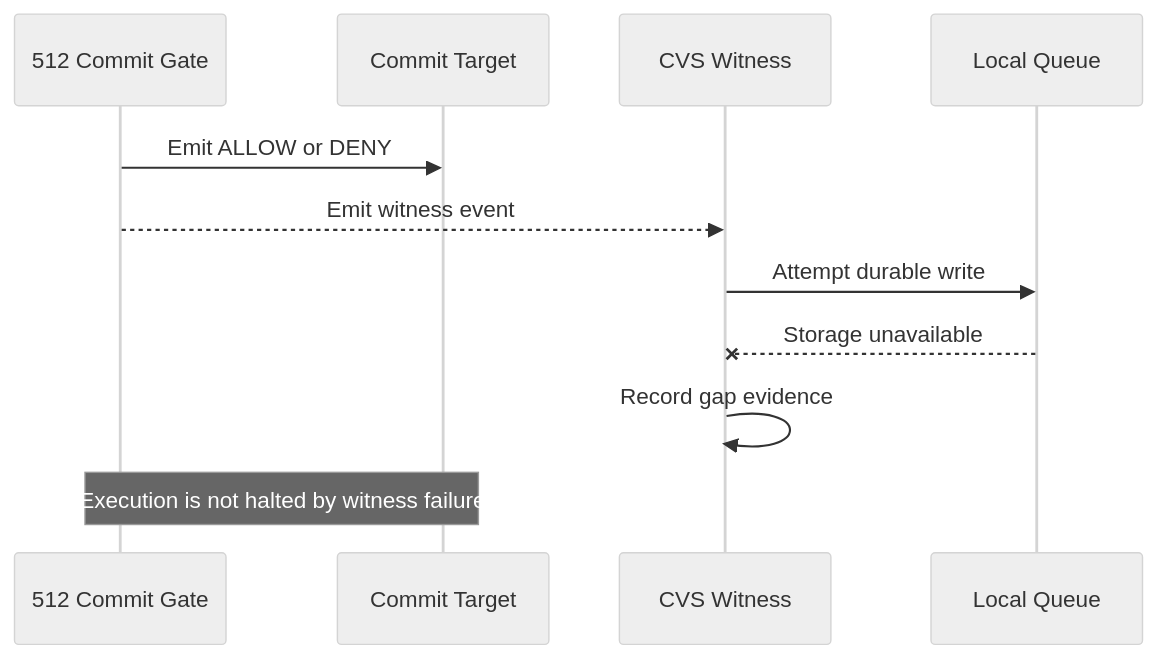
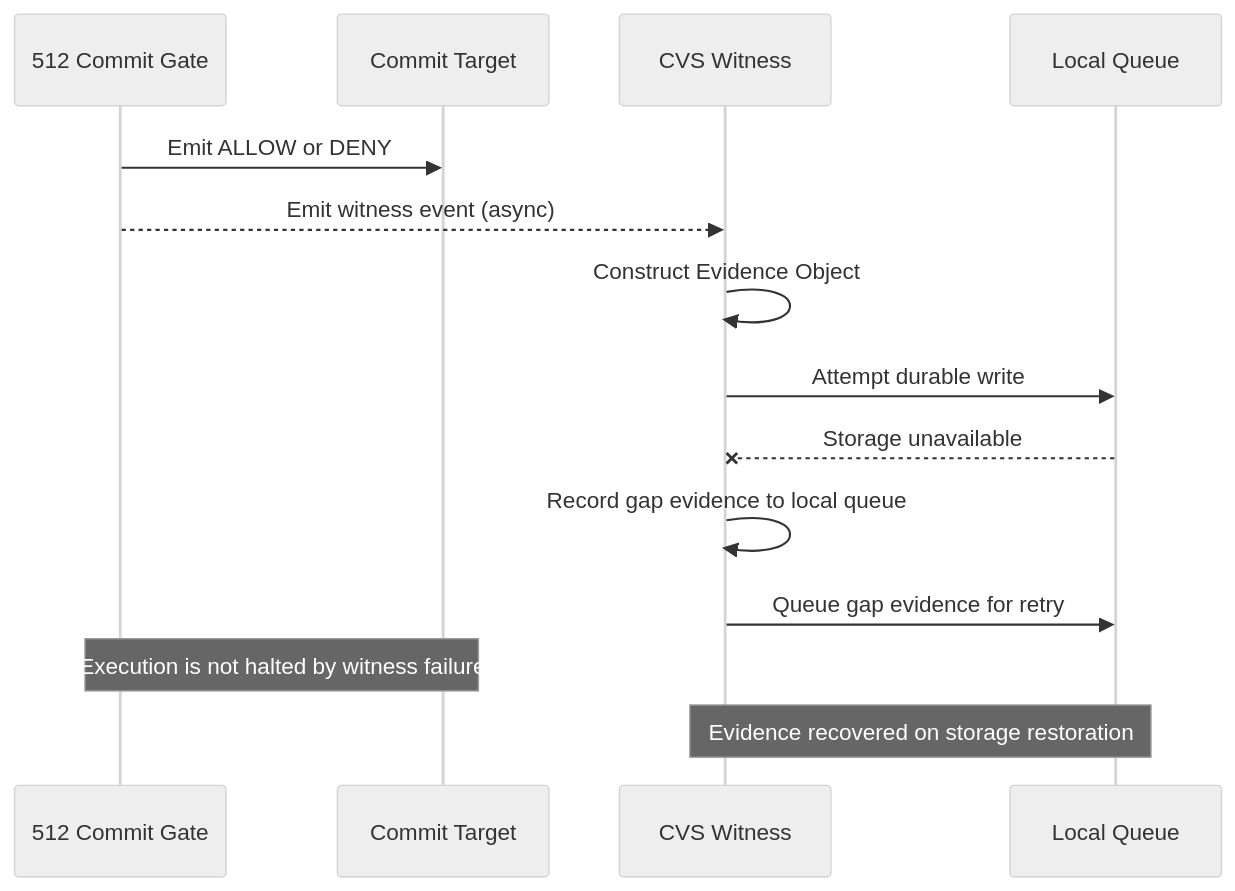
One commit to JonathanMastersWatson/Evidence-Sidecar changed the third of 4 diagrams in diagrams/SEQUENCE.md. Above: the diagram before and after it, drawn with Mermaid (neutral theme). The commit also changed other lines of this file, not shown here.

First line of the commit message:
Update SEQUENCE.md — gate fail-open sequence added, attestation and naming corrections applied

````diff
--- a/diagrams/SEQUENCE.md
+++ b/diagrams/SEQUENCE.md
@@ -24,14 +64,17 @@
 ```mermaid
 sequenceDiagram
     participant G as 512 Commit Gate
     participant C as Commit Target
     participant W as CVS Witness
     participant Q as Local Queue
 
     G->>C: Emit ALLOW or DENY
-    G-->>W: Emit witness event
+    G-->>W: Emit witness event (async)
+    W->>W: Construct Evidence Object
     W->>Q: Attempt durable write
     Q--xW: Storage unavailable
-    W->>W: Record gap evidence
+    W->>W: Record gap evidence to local queue
+    W->>Q: Queue gap evidence for retry
     Note over G,C: Execution is not halted by witness failure
+    Note over W,Q: Evidence recovered on storage restoration
 ```
````
